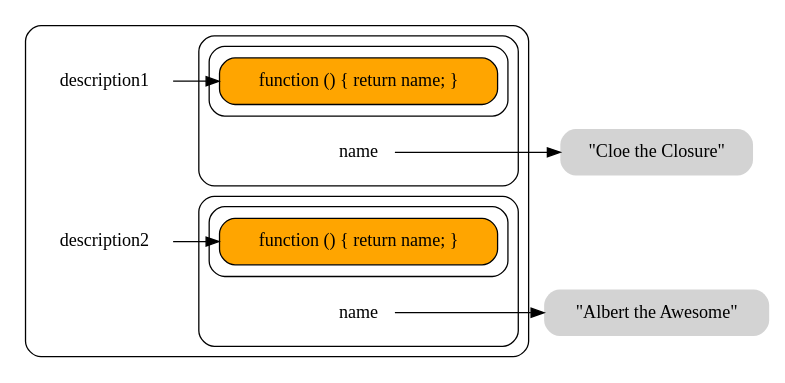
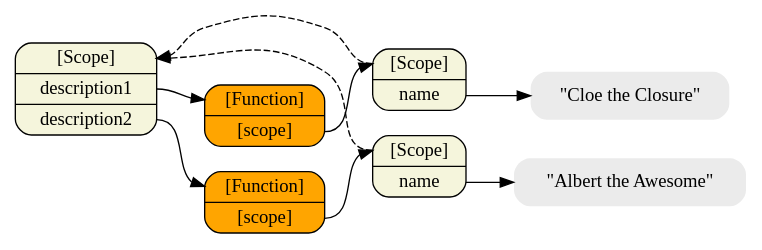
The diagram in articles/object-graphs/closure.dot (creationix/howtonode.org), drawn with Graphviz before and after one commit. The commit also changed 5 other files, not shown here.

First line of the commit message:
Update the object-graph article to see closures better.

```diff
--- a/articles/object-graphs/closure.dot
+++ b/articles/object-graphs/closure.dot
@@ -1,47 +1,39 @@
 digraph finite_state_machine {
 	size="8,5"
 	rankdir = "LR"
 
-  subgraph cluster_0 {
-    style =rounded;
-    
-    /* Free Variables */
-    node [shape = plaintext, style=""]
-    description1;description2;
-    subgraph cluster_1 {
+  /* Execution Contexts */
+  node [shape=Mrecord, fillcolor=beige, style=filled];
+  top [label="<__proto__>[Scope]|<description1>description1|<description2>description2"];
+  closure1 [label="<__proto__>[Scope]|<name>name"];
+  closure2 [label="<__proto__>[Scope]|<name>name"];
 
-      /* Free Variables */
-      node [shape = plaintext, style=""]
-      name1 [label="name"];
+  /* Normal Objects */
+  node [shape = Mrecord, fillcolor=lightskyblue, style=filled];
 
-      subgraph cluster_2 {
-        node [shape=Mrecord, fillcolor=orange, style=filled];
-        fn1 [label="<__proto__>function () \{ return name; \}"];
-      }
-    }
-    subgraph cluster_3 {
-
-      /* Free Variables */
-      node [shape = plaintext, style=""]
-      name2 [label="name"];
-
-      subgraph cluster_4 {
-        node [shape=Mrecord, fillcolor=orange, style=filled];
-        fn2 [label="<__proto__>function () \{ return name; \}"];
-      }
-    }
-
-
-  }
+  /* Function Objects */
+  node [shape = Mrecord, fillcolor=orange, style=filled];
+  fn1 [label="<__proto__>[Function]|<__scope__>[scope]"];
+  fn2 [label="<__proto__>[Function]|<__scope__>[scope]"];
 
   /* Literals */
-  node [shape = plaintext, fillcolor=lightGrey, style="filled,rounded"];
+  node [shape = plaintext, fillcolor=gray92, style="filled,rounded"];
   cloe [label="\"Cloe the Closure\""]
   albert [label="\"Albert the Awesome\""]
 
+  /* References */
+  top:description1 -> fn1:__proto__;
+  top:description2 -> fn2:__proto__;
+  closure1:name -> cloe;
+  closure2:name -> albert;
+  fn1:__scope__ -> closure1:__proto__;
+  fn2:__scope__ -> closure2:__proto__;
 
-  description1 -> fn1:__proto__;
-  description2 -> fn2:__proto__;
-  name1 -> cloe;
-  name2 -> albert;
+  /* Inheritance Chains */
+  edge [style=dashed]
+  closure1:__proto__ -> top:__proto__;
+  closure2:__proto__ -> top:__proto__;
+
+
+
 }
```
